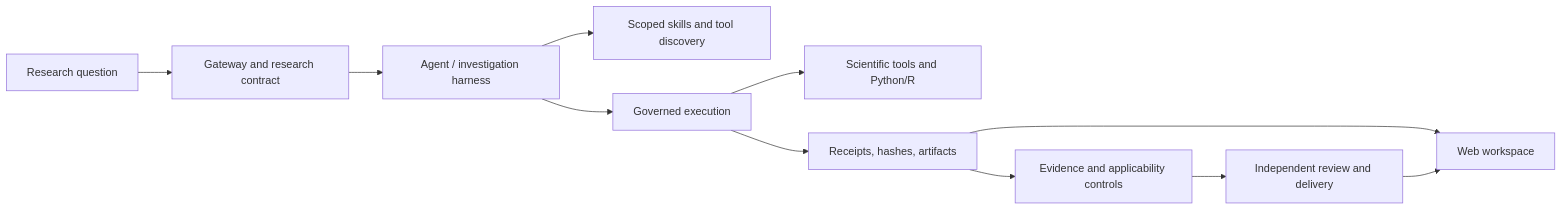
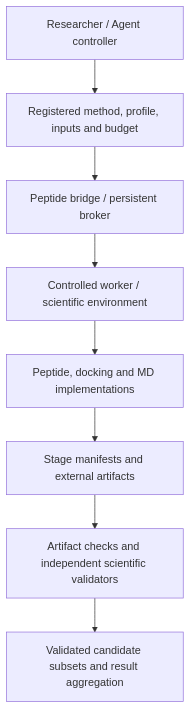
The diagram in README.md (YuyangSunshine/bioma-peptide), drawn with Mermaid before and after one commit. The commit also changed other lines of this file and 2 other files, not shown here.

Commit message:
Document peptide architecture workflows validation and current limitations

````diff
--- a/README.md
+++ b/README.md
@@ -48,13 +28,10 @@
 ```mermaid
-flowchart LR
-    U[Research question] --> G[Gateway and research contract]
-    G --> A[Agent / investigation harness]
-    A --> S[Scoped skills and tool discovery]
-    A --> X[Governed execution]
-    X --> T[Scientific tools and Python/R]
-    X --> R[Receipts, hashes, artifacts]
-    R --> E[Evidence and applicability controls]
-    E --> D[Independent review and delivery]
-    R --> W[Web workspace]
-    D --> W
+flowchart TD
+    A[Researcher / Agent controller] --> B[Registered method, profile, inputs and budget]
+    B --> C[Peptide bridge / persistent broker]
+    C --> D[Controlled worker / scientific environment]
+    D --> E[Peptide, docking and MD implementations]
+    E --> F[Stage manifests and external artifacts]
+    F --> G[Artifact checks and independent scientific validators]
+    G --> H[Validated candidate subsets and result aggregation]
 ```
````
